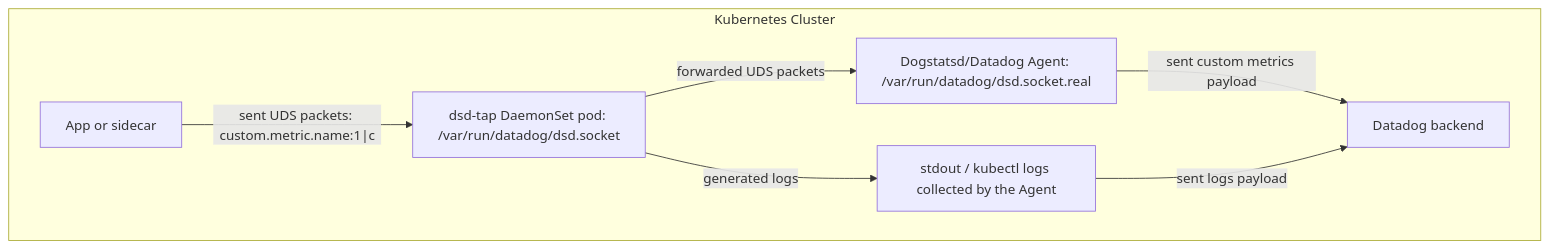
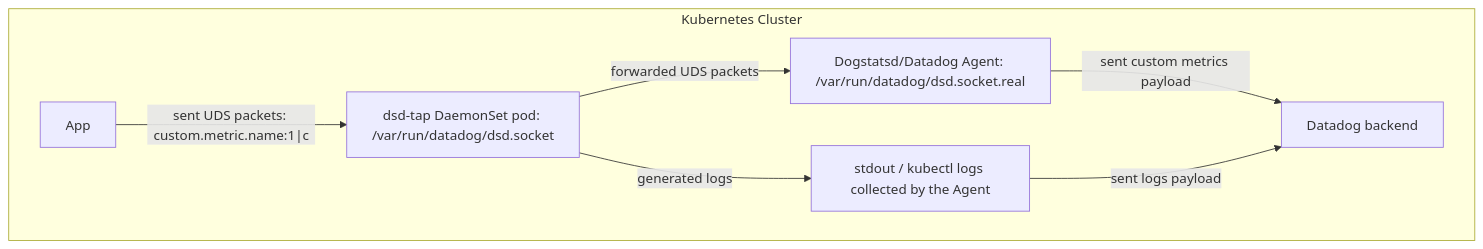
The diagram in README.md (ddalexvea/dsd-tap), drawn with Mermaid before and after one commit.

````diff
--- a/README.md
+++ b/README.md
@@ -14,11 +14,11 @@
 ```mermaid
 graph TD
 
 subgraph Kubernetes Cluster
-  A[App or sidecar] -- "sent UDS packets: custom.metric.name:1|c" --> B[dsd-tap DaemonSet pod: /var/run/datadog/dsd.socket]
+  A[App] -- "sent UDS packets: custom.metric.name:1|c" --> B[dsd-tap DaemonSet pod: /var/run/datadog/dsd.socket]
   B -- "generated logs" --> D[stdout / kubectl logs collected by the Agent]
   B -- forwarded UDS packets --> C["Dogstatsd/Datadog Agent: /var/run/datadog/dsd.socket.real"]
   C -- sent custom metrics payload --> DD[Datadog backend]
   D -- sent logs payload --> DD[Datadog backend]
 end
 ```
````
